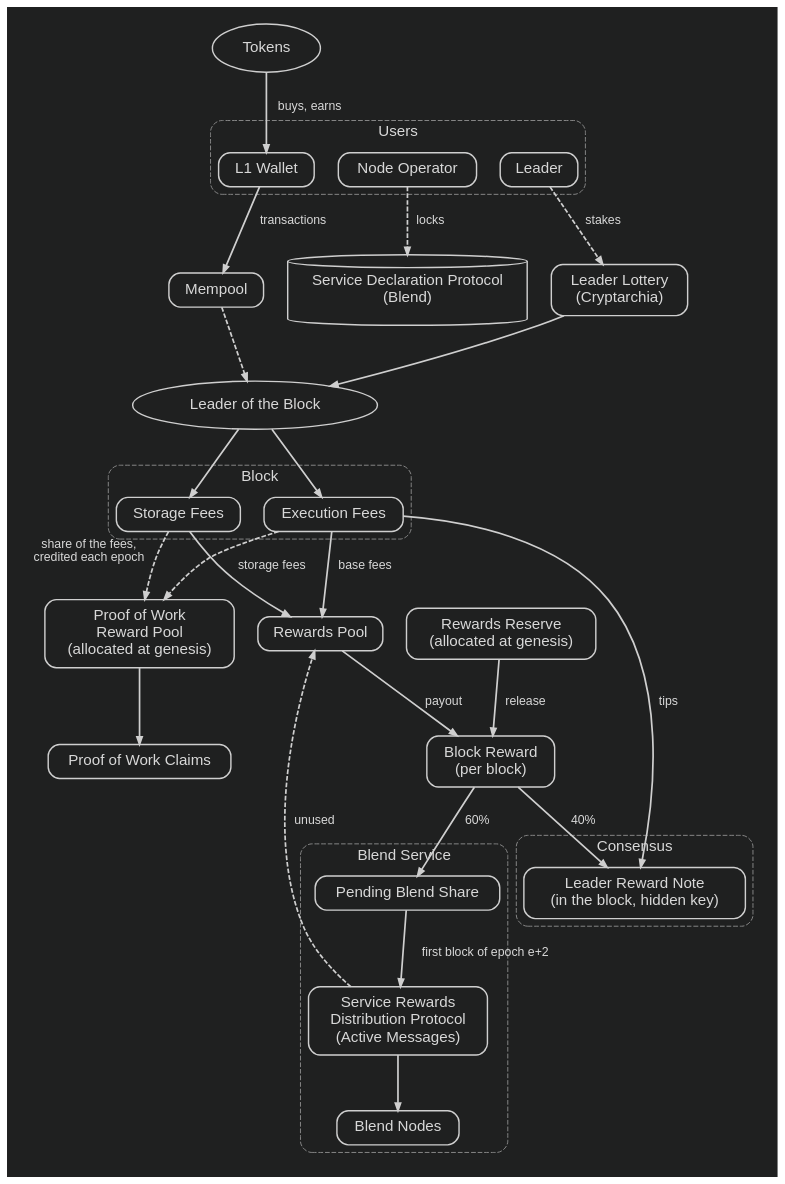
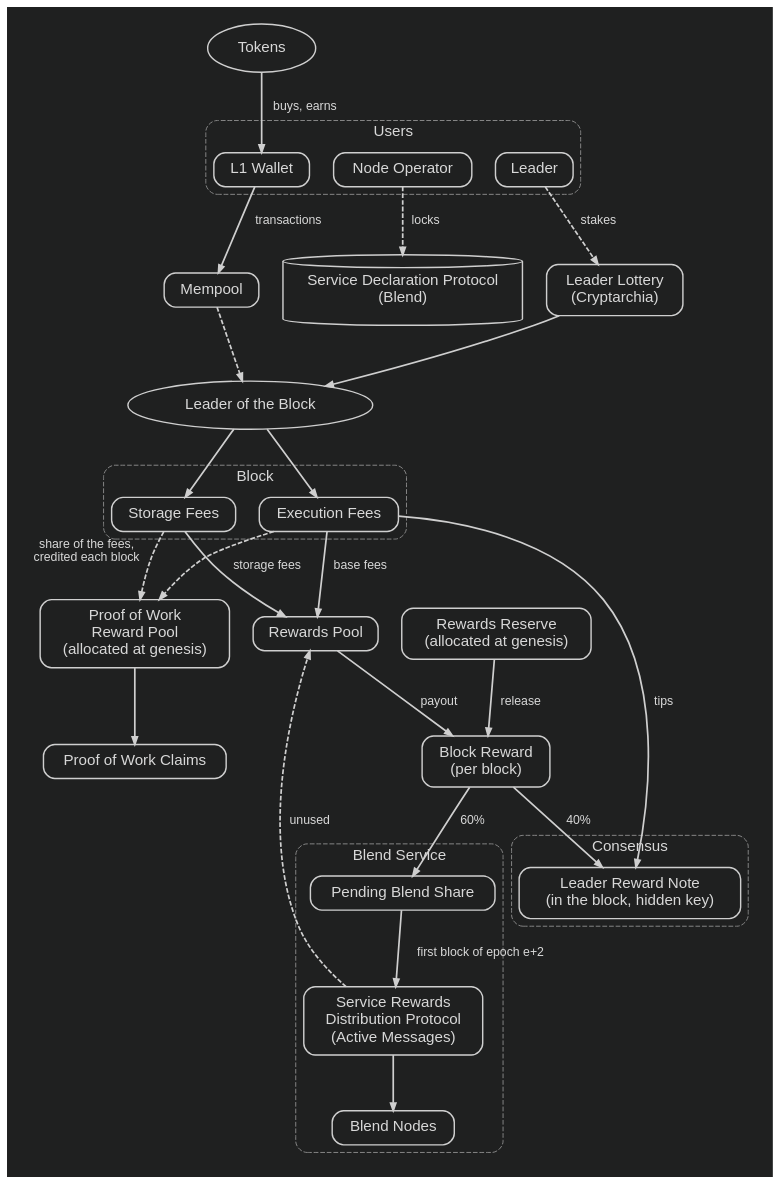
The diagram in docs/blockchain/raw/overview-cryptoeconomics/assets/overview-cryptoeconomics.dot (logos-co/logos-lips), drawn with Graphviz before and after one commit. The commit also changed 7 other files, not shown here.

Commit message:
docs(blockchain): each block credits its fee share to the pow reward pool

```diff
--- a/docs/blockchain/raw/overview-cryptoeconomics/assets/overview-cryptoeconomics.dot
+++ b/docs/blockchain/raw/overview-cryptoeconomics/assets/overview-cryptoeconomics.dot
@@ -1,94 +1,94 @@
 /*
  * Cryptoeconomics overview: tokens, fees and rewards
  *
  * Render:
  *   dot -Tpng -Gdpi=160 overview-cryptoeconomics.dot -o bbe261aa-09df-827f-a6a9-8115aeb10f94.png
  */
 
 digraph overview_cryptoeconomics {
   rankdir = TB;
   bgcolor = "#1f2020";
   splines = true;
   nodesep = 0.35;
   ranksep = 0.80;
   pad     = 0.25;
 
   node [
     shape     = box,
     style     = "rounded,filled",
     fillcolor = "#1f2020",
     color     = "#cfcfcf",
     penwidth  = 1.5,
     fontname  = "Helvetica",
     fontsize  = 16,
     fontcolor = "#d8d8d8",
     margin    = "0.18,0.12"
   ];
 
   edge [color = "#cfcfcf", penwidth = 1.8, arrowsize = 0.8,
         fontname = "Helvetica", fontsize = 13, fontcolor = "#d8d8d8"];
 
   graph [fontname = "Helvetica", fontsize = 16, fontcolor = "#d8d8d8", color = "#8a8a8a", style = "rounded,dashed"];
 
   tokens   [label = "Tokens", shape = ellipse];
 
   subgraph cluster_users {
     label = "Users";
     wallet    [label = "L1 Wallet"];
     operator  [label = "Node Operator"];
     staker    [label = "Leader"];
   }
 
   sdp      [label = "Service Declaration Protocol\n(Blend)", shape = cylinder];
   lottery  [label = "Leader Lottery\n(Cryptarchia)"];
   mempool  [label = "Mempool"];
   leader   [label = "Leader of the Block", shape = ellipse];
 
   subgraph cluster_block {
     label = "Block";
     exec_fees    [label = "Execution Fees"];
     storage_fees [label = "Storage Fees"];
   }
 
   pow_pool [label = "Proof of Work\nReward Pool\n(allocated at genesis)"];
   miners   [label = "Proof of Work Claims"];
   pool     [label = "Rewards Pool"];
   reserve  [label = "Rewards Reserve\n(allocated at genesis)"];
   reward   [label = "Block Reward\n(per block)"];
 
   subgraph cluster_consensus {
     label = "Consensus";
     leader_note [label = "Leader Reward Note\n(in the block, hidden key)"];
   }
 
   subgraph cluster_blend {
     label = "Blend Service";
     pending [label = "Pending Blend Share"];
     srdp    [label = "Service Rewards\nDistribution Protocol\n(Active Messages)"];
     blend   [label = "Blend Nodes"];
     pending -> srdp [label = "  first block of epoch e+2  "];
     srdp -> blend;
   }
 
   tokens    -> wallet    [label = "  buys, earns  "];
   operator  -> sdp       [label = "  locks  ", style = dashed];
   staker    -> lottery   [label = "  stakes  ", style = dashed];
   wallet    -> mempool   [label = "  transactions  "];
   lottery   -> leader;
   mempool   -> leader    [style = dashed];
   leader   -> exec_fees;
   leader   -> storage_fees;
 
   exec_fees    -> pool        [label = "  base fees  "];
   storage_fees -> pool        [label = "  storage fees  "];
   exec_fees    -> leader_note [label = "  tips  "];
   exec_fees    -> pow_pool    [style = dashed];
-  storage_fees -> pow_pool    [xlabel = "share of the fees,\ncredited each epoch", style = dashed];
+  storage_fees -> pow_pool    [xlabel = "share of the fees,\ncredited each block", style = dashed];
   pow_pool     -> miners;
 
   reserve -> reward [label = "  release  "];
   pool    -> reward [label = "  payout  "];
   reward  -> leader_note [label = "  40%  "];
   reward  -> pending     [label = "  60%  "];
   srdp    -> pool        [label = "  unused  ", style = dashed];
 }
```
